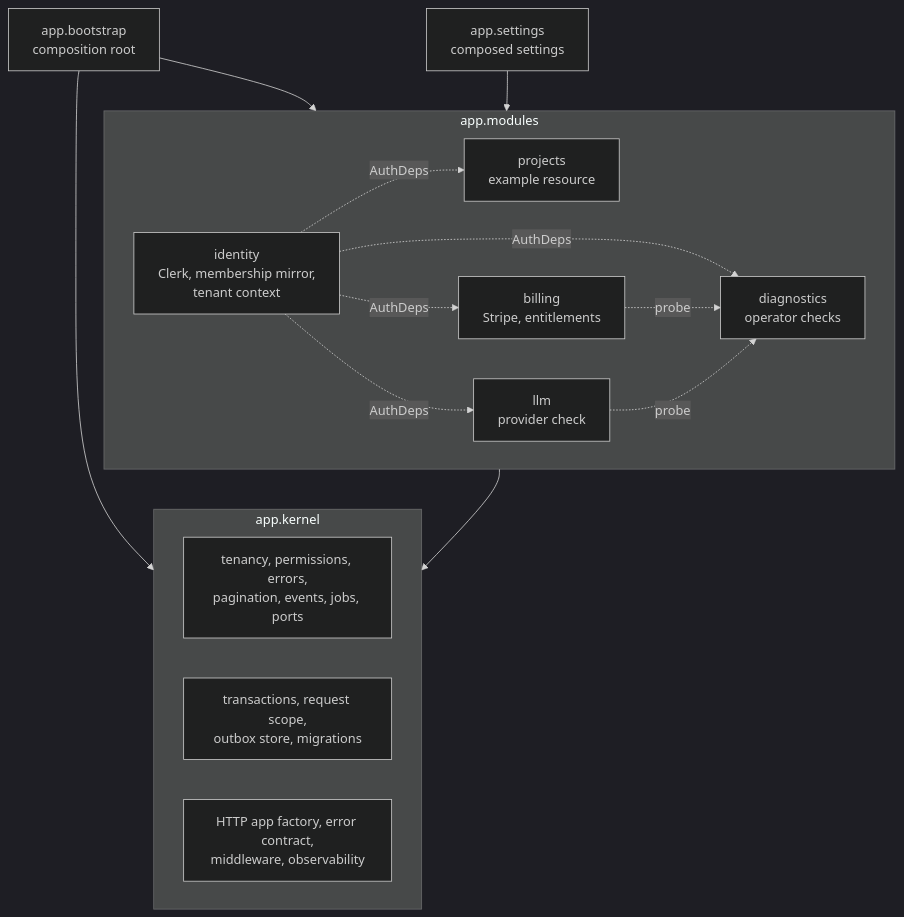
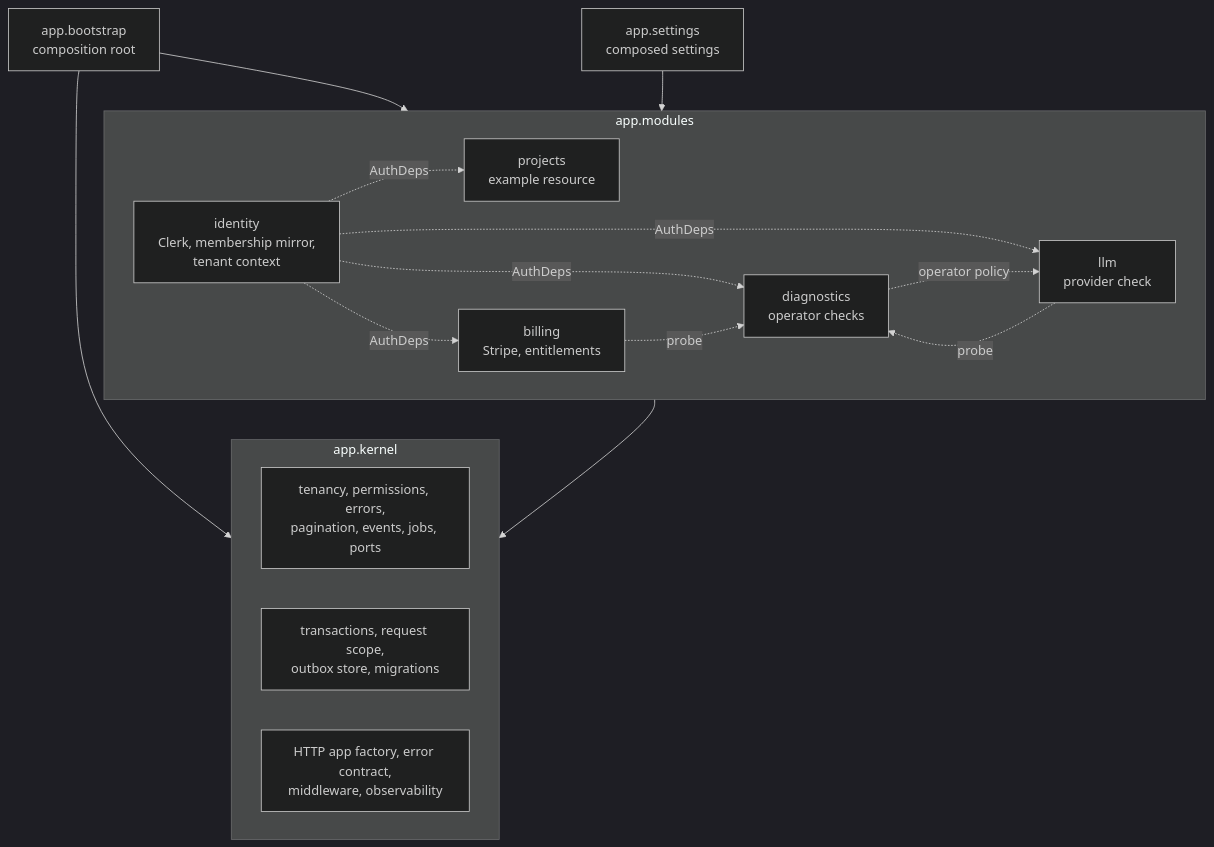
Before and after one commit to yexin01/webapp-template: the second of 6 diagrams in docs/architecture.md, drawn with Mermaid (dark theme). The commit also changed other lines of this file and 15 other files, not shown here.

````diff
--- a/docs/architecture.md
+++ b/docs/architecture.md
@@ -61,27 +61,28 @@
 ```mermaid
 flowchart TB
   boot[app.bootstrap<br/>composition root]
   settings[app.settings<br/>composed settings]
   subgraph modules[app.modules]
     identity[identity<br/>Clerk, membership mirror,<br/>tenant context]
     billing[billing<br/>Stripe, entitlements]
     projects[projects<br/>example resource]
     llm[llm<br/>provider check]
     diagnostics[diagnostics<br/>operator checks]
   end
   subgraph kernel[app.kernel]
     core[tenancy, permissions, errors,<br/>pagination, events, jobs, ports]
     data[transactions, request scope,<br/>outbox store, migrations]
     platform[HTTP app factory, error contract,<br/>middleware, observability]
   end
   boot --> modules
   boot --> kernel
   settings --> modules
   modules --> kernel
   identity -. AuthDeps .-> projects
   identity -. AuthDeps .-> billing
   identity -. AuthDeps .-> llm
   identity -. AuthDeps .-> diagnostics
   billing -. probe .-> diagnostics
   llm -. probe .-> diagnostics
+  diagnostics -. operator policy .-> llm
 ```
````
